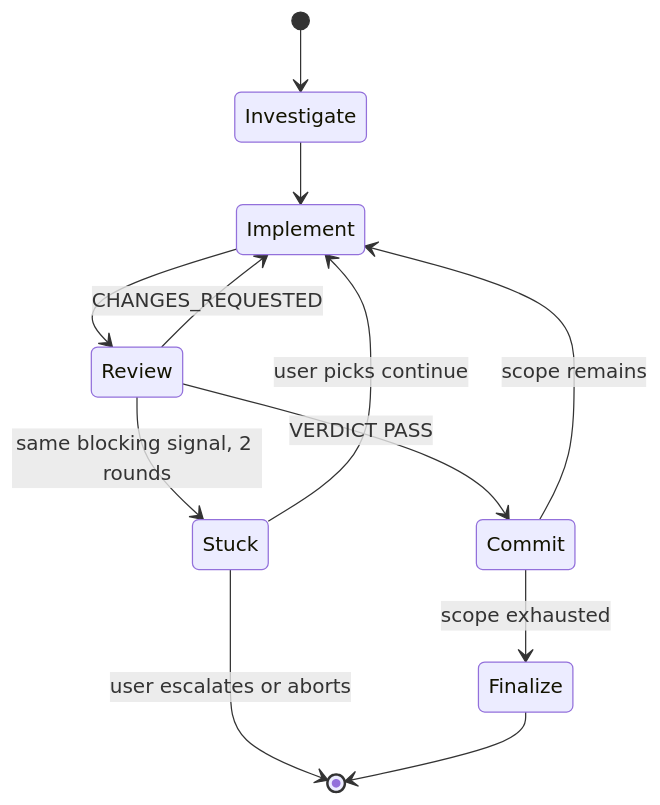
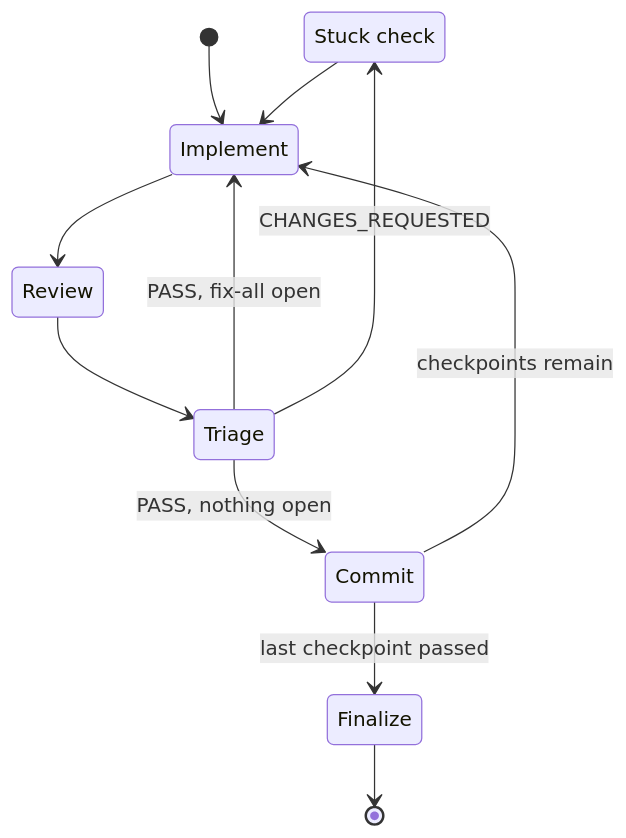
The second of 13 diagrams in docs/wiki/workflow.md (damusix/atomic-claude), drawn with Mermaid before and after one commit. The commit also changed other lines of this file and 19 other files, not shown here.

````diff
--- a/docs/wiki/workflow.md
+++ b/docs/wiki/workflow.md
@@ -59,14 +64,15 @@
 ```mermaid
 stateDiagram-v2
-    [*] --> Investigate
-    Investigate --> Implement
+    %% source: context/_partials/implement-loop.md, context/_partials/loop-finalize.md; docs/design/implement-loop-consolidation.md
+    state "Stuck check" as Stuck
+    [*] --> Implement
     Implement --> Review
-    Review --> Commit: VERDICT PASS
-    Review --> Implement: CHANGES_REQUESTED
-    Review --> Stuck: same blocking signal, 2 rounds
-    Stuck --> Implement: user picks continue
-    Stuck --> [*]: user escalates or aborts
-    Commit --> Implement: scope remains
-    Commit --> Finalize: scope exhausted
+    Review --> Triage
+    Triage --> Commit: PASS, nothing open
+    Triage --> Implement: PASS, fix-all open
+    Triage --> Stuck: CHANGES_REQUESTED
+    Stuck --> Implement
+    Commit --> Implement: checkpoints remain
+    Commit --> Finalize: last checkpoint passed
     Finalize --> [*]
 ```
````
